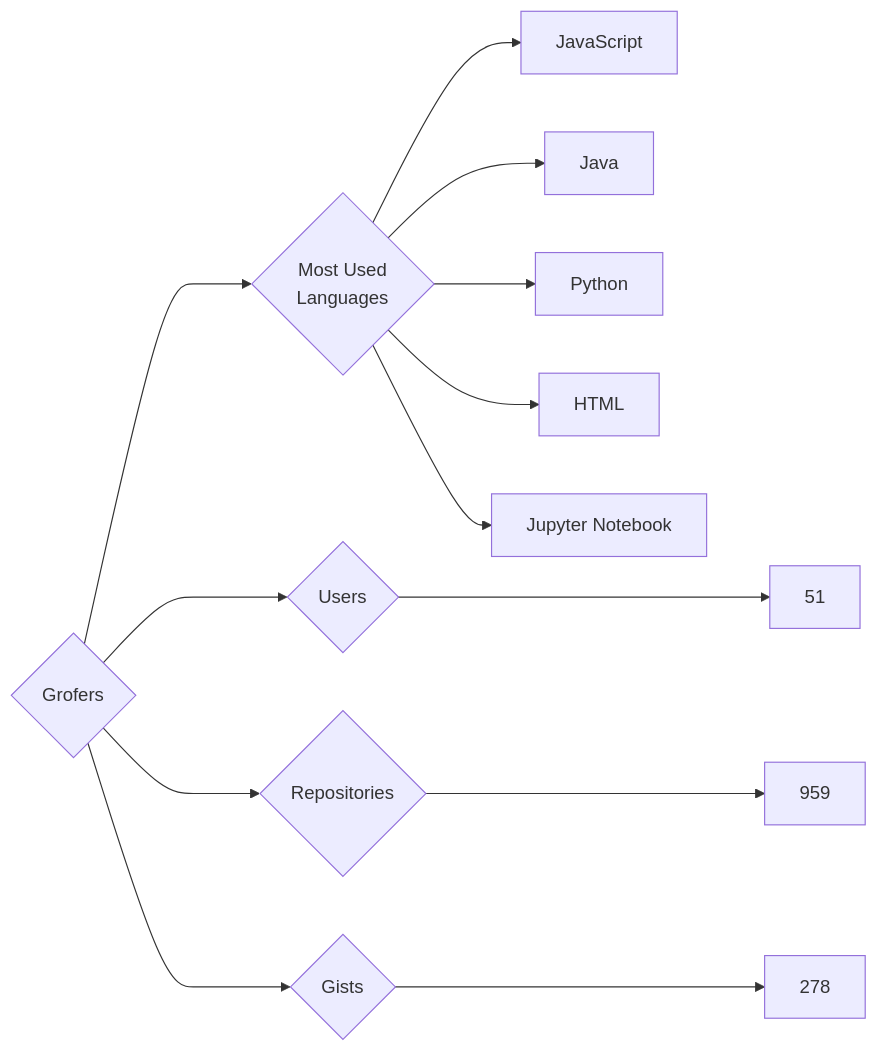
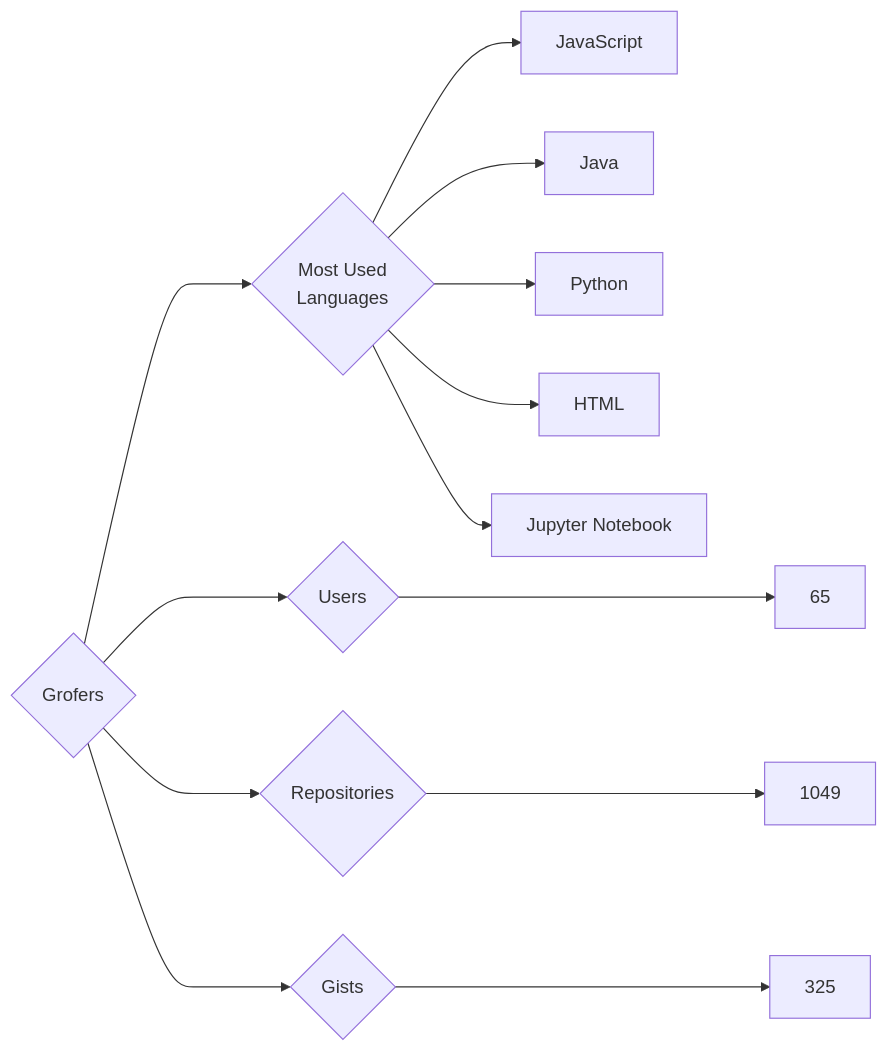
Before and after one commit to trickest/insiders: the diagram in targets/Grofers/README.md, drawn with Mermaid. The commit also changed 775 other files, not shown here.

````diff
--- a/targets/Grofers/README.md
+++ b/targets/Grofers/README.md
@@ -3,13 +3,13 @@
 ```mermaid
 graph LR
 COMPANY_NAME{Grofers}
-COMPANY_NAME ---> U{Users} ---> UN[51]
-COMPANY_NAME ---> R{Repositories} ---> RN[959]
-COMPANY_NAME ---> G{Gists} ---> GN[278]
+COMPANY_NAME ---> U{Users} ---> UN[65]
+COMPANY_NAME ---> R{Repositories} ---> RN[1049]
+COMPANY_NAME ---> G{Gists} ---> GN[325]
 COMPANY_NAME ---> ML{Most Used<br>Languages}
 ML --> JavaScript[JavaScript]
 ML --> Java[Java]
 ML --> Python[Python]
 ML --> HTML[HTML]
 ML --> Jupyter_Notebook[Jupyter Notebook]
 ```
````
